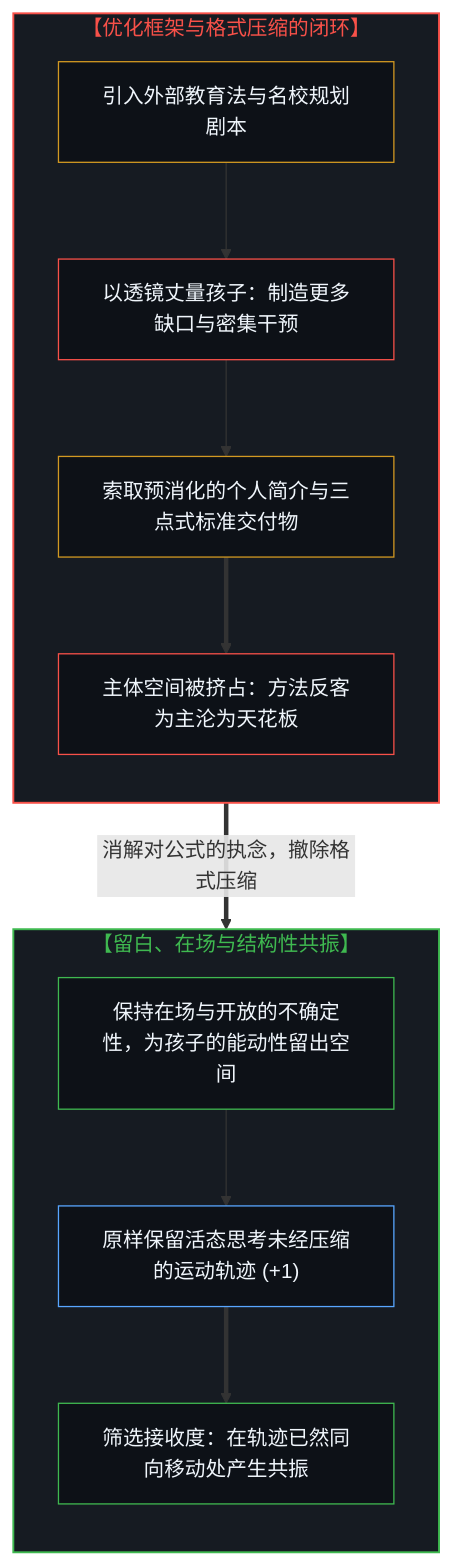
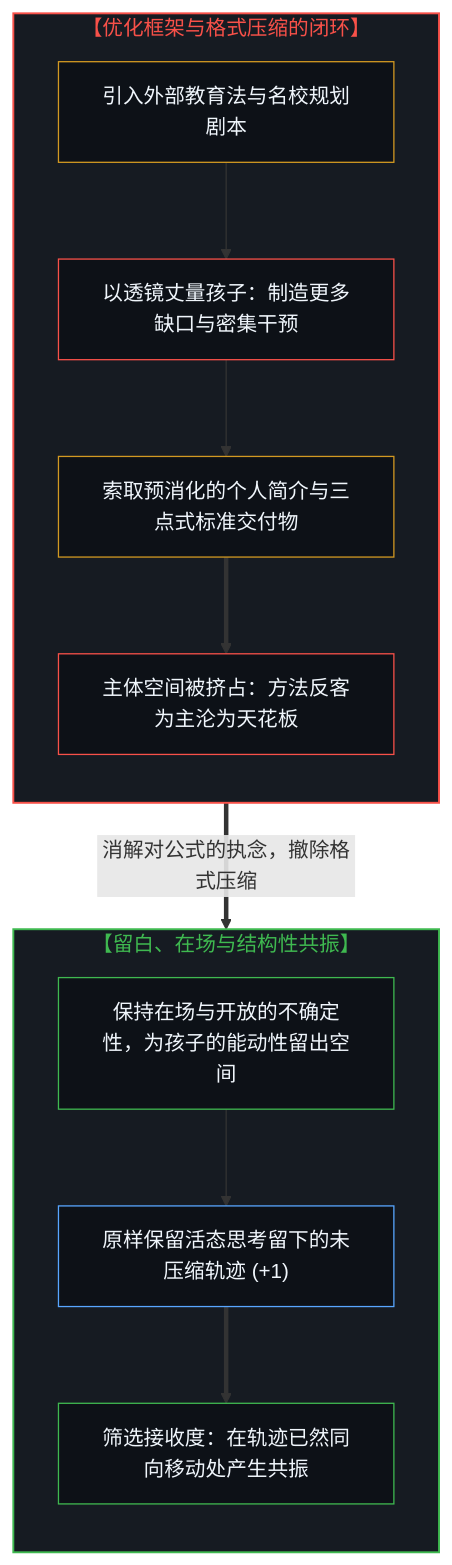
One commit to powerpig99/not-a-toe changed the first of 2 diagrams in content/posts/on-education.md. Above: the diagram before and after it, drawn with Mermaid. The commit also changed other lines of this file and 8 other files, not shown here.

````diff
--- a/content/posts/on-education.md
+++ b/content/posts/on-education.md
@@ -33,28 +33,28 @@
 ```mermaid
 flowchart TD
     subgraph S_Optimize["【优化框架与格式压缩的闭环】"]
         direction TB
         Lens["引入外部教育法与名校规划剧本"]
         Deficit["以透镜丈量孩子：制造更多缺口与密集干预"]
         Slot["索取预消化的个人简介与三点式标准交付物"]
         Ceiling["主体空间被挤占：方法反客为主沦为天花板"]
         Lens --> Deficit --> Slot ==> Ceiling
     end
     S_Optimize ==>|"消解对公式的执念，撤除格式压缩"| S_Resonance
     subgraph S_Resonance["【留白、在场与结构性共振】"]
         direction TB
         Uncertain["保持在场与开放的不确定性，为孩子的能动性留出空间"]
-        Uncompressed["原样保留活态思考未经压缩的运动轨迹 (+1)"]
+        Uncompressed["原样保留活态思考留下的未压缩轨迹 (+1)"]
         Resonate["筛选接收度：在轨迹已然同向移动处产生共振"]
         Uncertain --> Uncompressed ==> Resonate
     end
     style S_Optimize fill:#161b22,stroke:#f85149,stroke-width:1.5px,color:#f85149
     style S_Resonance fill:#161b22,stroke:#3fb950,stroke-width:1.5px,color:#3fb950
     style Lens fill:#0d1117,stroke:#d29922,stroke-width:1px,color:#f0f6fc
     style Deficit fill:#0d1117,stroke:#f85149,stroke-width:1px,color:#f0f6fc
     style Slot fill:#0d1117,stroke:#d29922,stroke-width:1px,color:#f0f6fc
     style Ceiling fill:#0d1117,stroke:#f85149,stroke-width:1px,color:#f0f6fc
     style Uncertain fill:#0d1117,stroke:#3fb950,stroke-width:1px,color:#f0f6fc
     style Uncompressed fill:#0d1117,stroke:#58a6ff,stroke-width:1px,color:#f0f6fc
     style Resonate fill:#0d1117,stroke:#3fb950,stroke-width:1px,color:#f0f6fc
 ```
````
